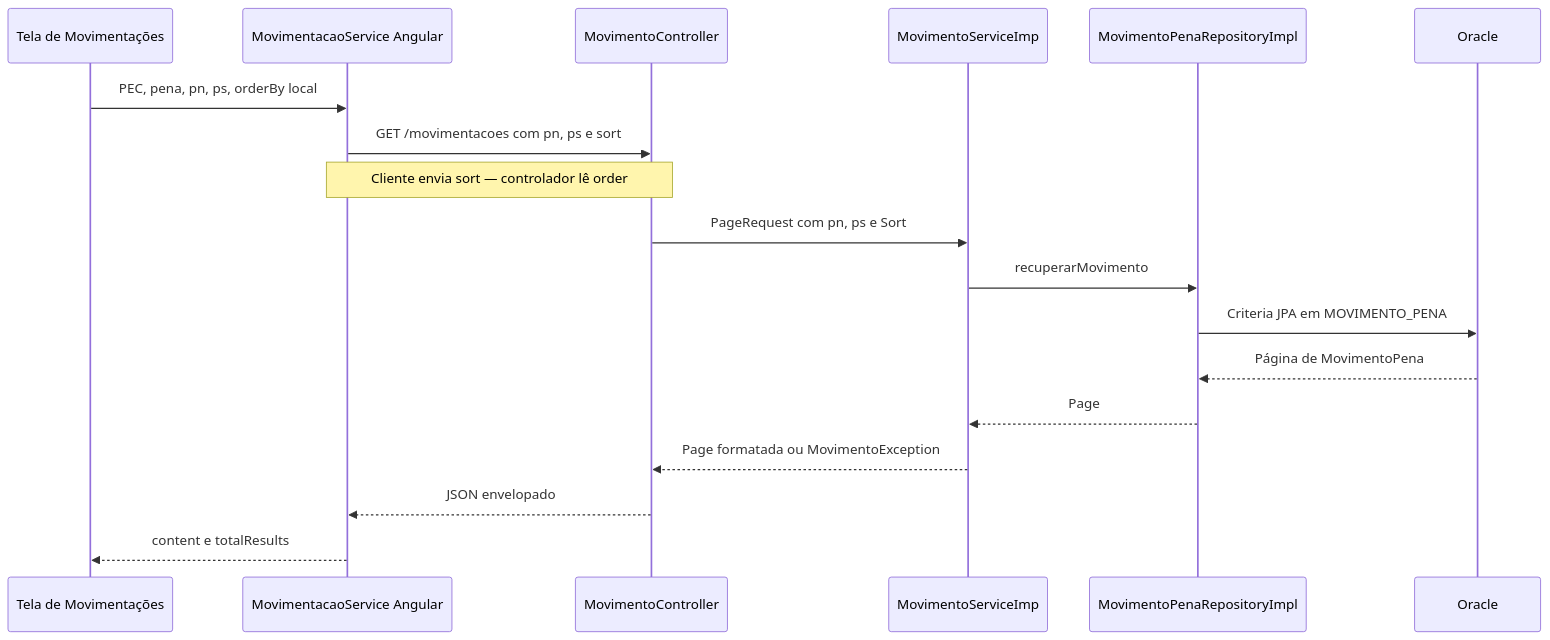
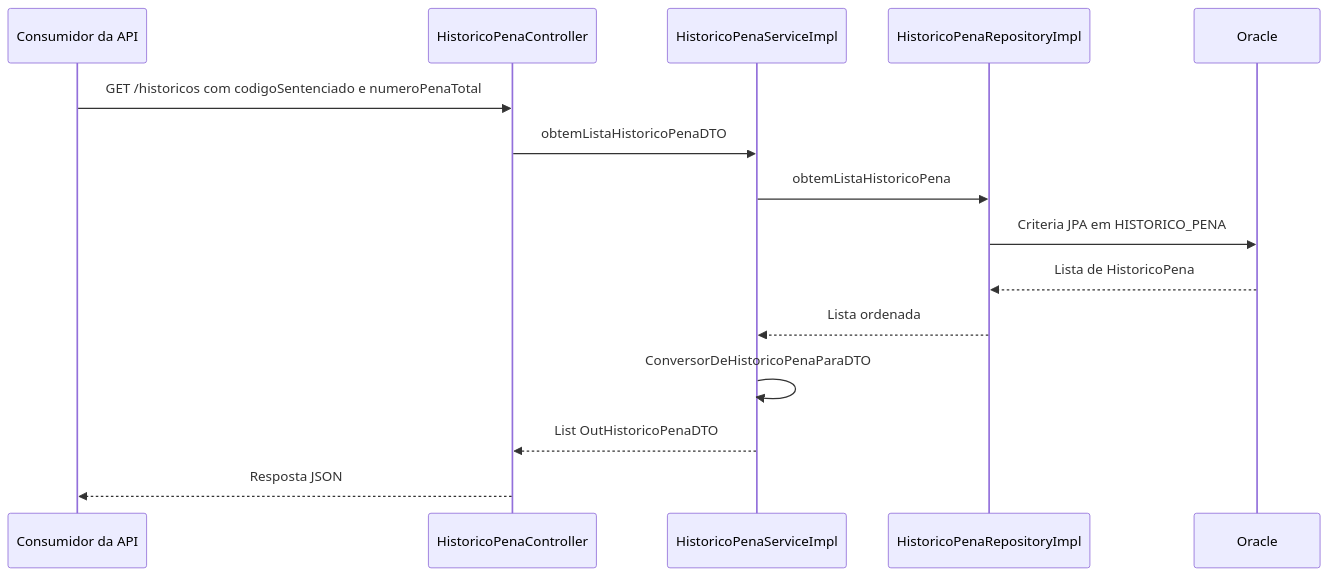
One commit to claudirc1967/loja-informatica changed the first of 2 diagrams in test/test.md. Above: the diagram before and after it, drawn with Mermaid. The commit also changed other lines of this file, not shown here.

````diff
--- a/test/test.md
+++ b/test/test.md
@@ -63,20 +21,17 @@
 ```mermaid
 sequenceDiagram
-    participant Tela as Tela de Movimentações
-    participant HTTP as MovimentacaoService Angular
-    participant REST as MovimentoController
-    participant EJB as MovimentoServiceImp
-    participant REP as MovimentoPenaRepositoryImpl
+    participant Cli as Consumidor da API
+    participant REST as HistoricoPenaController
+    participant EJB as HistoricoPenaServiceImpl
+    participant REP as HistoricoPenaRepositoryImpl
     participant DB as Oracle
-    Tela->>HTTP: PEC, pena, pn, ps, orderBy local
-    HTTP->>REST: GET /movimentacoes com pn, ps e sort
-    Note over HTTP,REST: Cliente envia sort — controlador lê order
-    REST->>EJB: PageRequest com pn, ps e Sort
-    EJB->>REP: recuperarMovimento
-    REP->>DB: Criteria JPA em MOVIMENTO_PENA
-    DB-->>REP: Página de MovimentoPena
-    REP-->>EJB: Page
-    EJB-->>REST: Page formatada ou MovimentoException
-    REST-->>HTTP: JSON envelopado
-    HTTP-->>Tela: content e totalResults
+    Cli->>REST: GET /historicos com codigoSentenciado e numeroPenaTotal
+    REST->>EJB: obtemListaHistoricoPenaDTO
+    EJB->>REP: obtemListaHistoricoPena
+    REP->>DB: Criteria JPA em HISTORICO_PENA
+    DB-->>REP: Lista de HistoricoPena
+    REP-->>EJB: Lista ordenada
+    EJB->>EJB: ConversorDeHistoricoPenaParaDTO
+    EJB-->>REST: List OutHistoricoPenaDTO
+    REST-->>Cli: Resposta JSON
 ```
````
